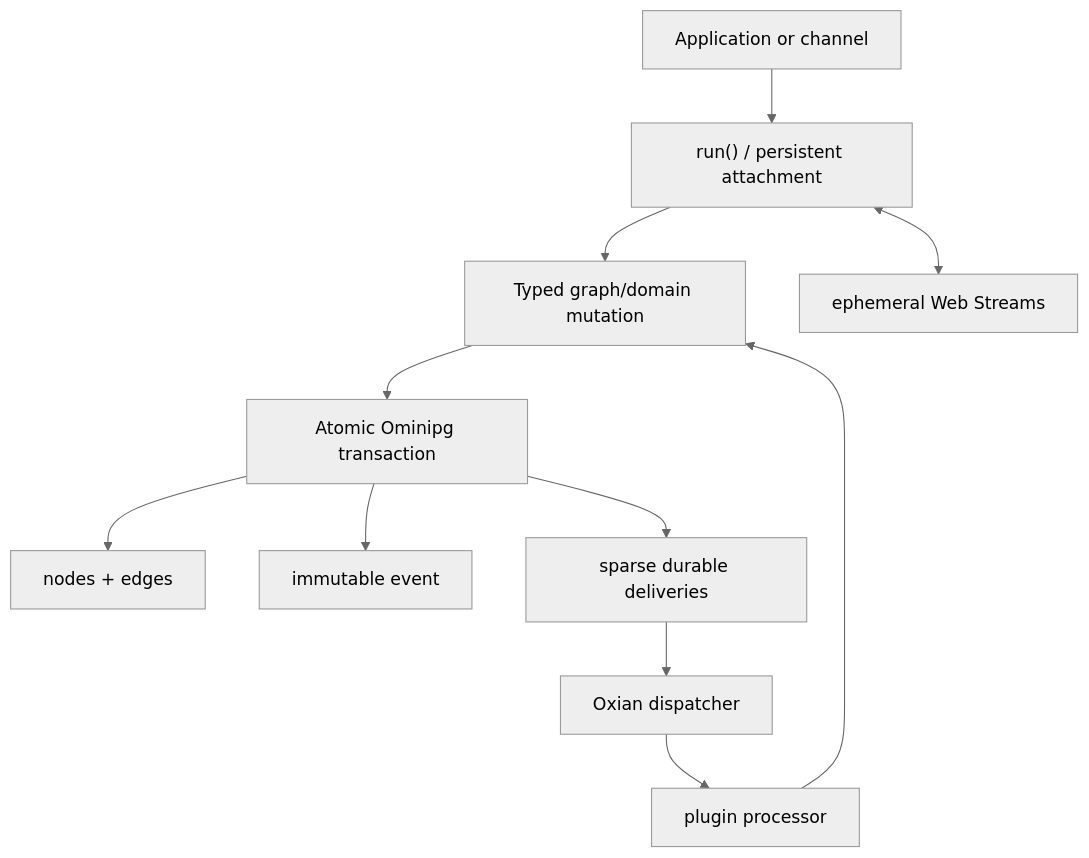
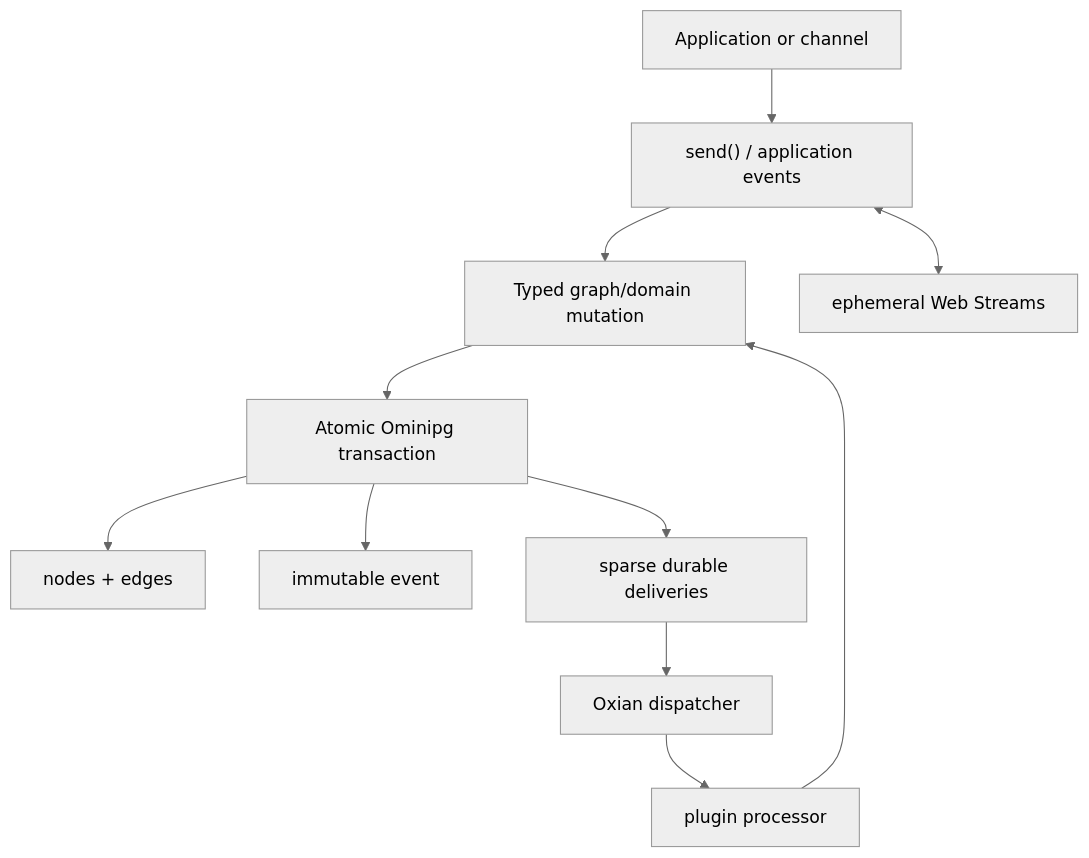
Before and after one commit to copilotzhq/copilotz: the diagram in docs/architecture.md, drawn with Mermaid (neutral theme). The commit also changed 227 other files, not shown here.

````diff
--- a/docs/architecture.md
+++ b/docs/architecture.md
@@ -5,13 +5,13 @@
 ```mermaid
 flowchart TD
-  A["Application or channel"] --> B["run() / persistent attachment"]
+  A["Application or channel"] --> B["send() / application events"]
   B --> C["Typed graph/domain mutation"]
   C --> D["Atomic Ominipg transaction"]
   D --> E["nodes + edges"]
   D --> F["immutable event"]
   D --> G["sparse durable deliveries"]
   G --> H["Oxian dispatcher"]
   H --> I["plugin processor"]
   I --> C
   B <--> J["ephemeral Web Streams"]
 ```
````
